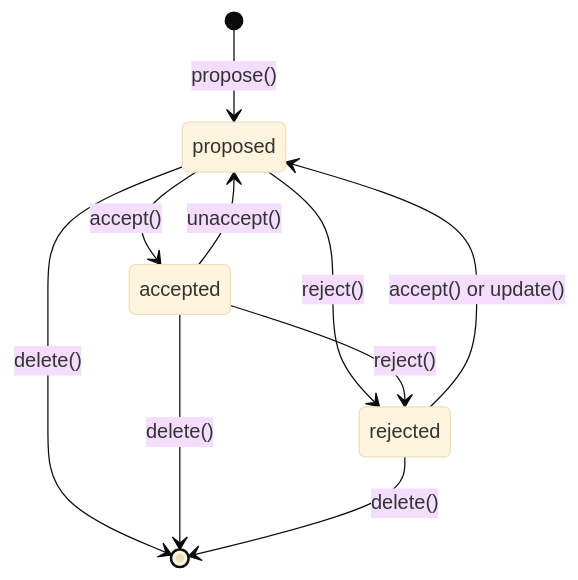
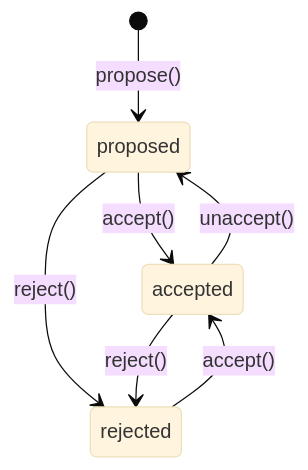
Before and after one commit to gccurtis/icarus: the second of 2 diagrams in scratch/findings-design.md, drawn with Mermaid (base theme). The commit also changed other lines of this file and 1 other file, not shown here.

````diff
--- a/scratch/findings-design.md
+++ b/scratch/findings-design.md
@@ -574,12 +704,9 @@
 ```mermaid
 stateDiagram-v2
     [*] --> proposed: propose()
     proposed --> accepted: accept()
     proposed --> rejected: reject()
     accepted --> proposed: unaccept()
     accepted --> rejected: reject()
-    rejected --> proposed: accept() or update()
-    proposed --> [*]: delete()
-    accepted --> [*]: delete()
-    rejected --> [*]: delete()
+    rejected --> accepted: accept()
 ```
````
